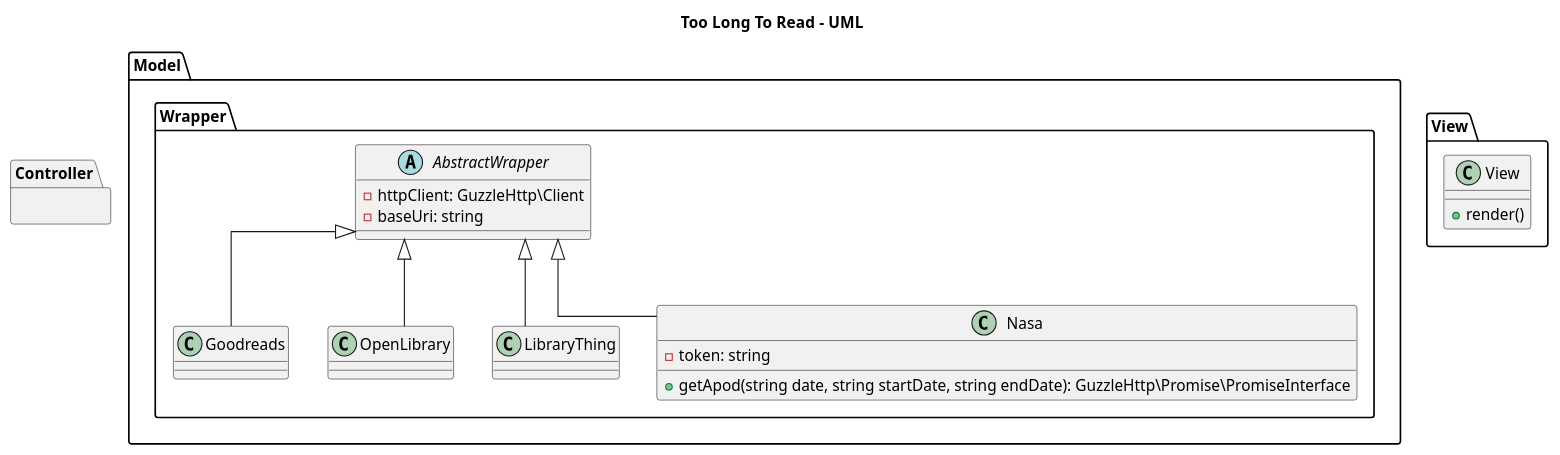
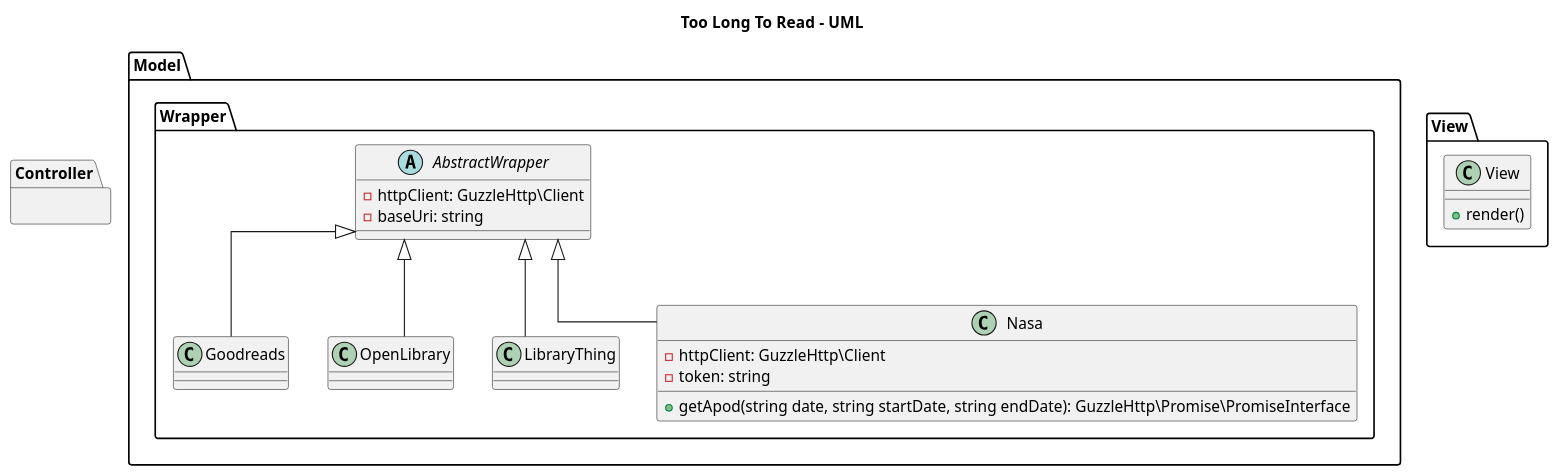
The diagram in docs/diagrams/src/WEB_TooLongToRead_2023_UML.puml (GzIrYsz/too-long-to-read), drawn with PlantUML before and after one commit.

Commit message:
docs(uml/wrappers): add attribute to concrete wrappers

```diff
--- a/docs/diagrams/src/WEB_TooLongToRead_2023_UML.puml
+++ b/docs/diagrams/src/WEB_TooLongToRead_2023_UML.puml
@@ -1,42 +1,43 @@
 @startuml "WEB_TooLongToRead_2023_UML"
 
 skinparam linetype ortho
 
 set namespaceSeparator .
 
 title Too Long To Read - UML
 
 namespace Controller {
 
 }
 
 namespace Model {
     namespace Wrapper {
         abstract class AbstractWrapper {
             -httpClient: GuzzleHttp\Client
             -baseUri: string
         }
 
         class Goodreads extends AbstractWrapper {
 
         }
         class OpenLibrary extends AbstractWrapper {
 
         }
         class LibraryThing extends AbstractWrapper {
         }
         class Nasa extends AbstractWrapper {
+            -httpClient: GuzzleHttp\Client
             -token: string
 
             +getApod(string date, string startDate, string endDate): GuzzleHttp\Promise\PromiseInterface
         }
     }
 }
 
 namespace View {
     class View {
         +render()
     }
 }
 
 @enduml
```
